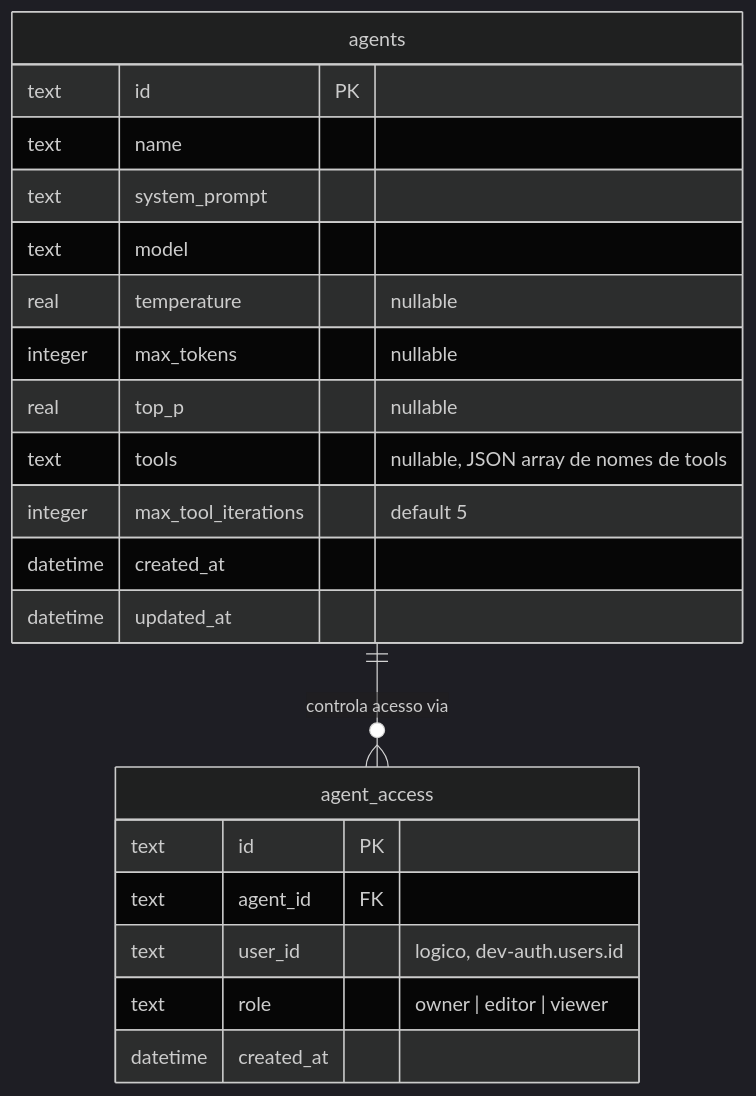
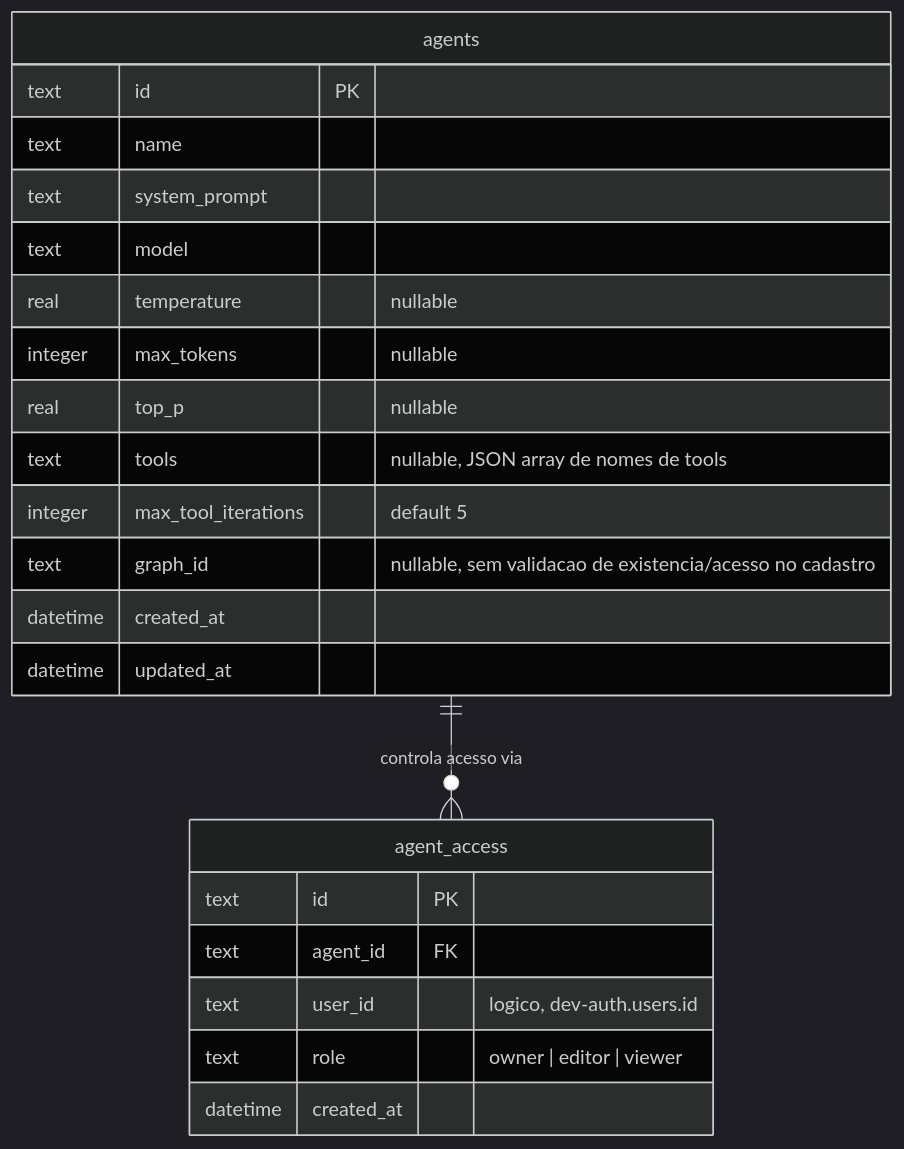
Before and after one commit to 0xHackerSpace/wrapper-api: the fifth of 6 diagrams in docs/database-diagram.md, drawn with Mermaid (dark theme). The commit also changed other lines of this file and 6 other files, not shown here.

First line of the commit message:
docs: add ADR 0024 and update project docs for the find_node graph tool

````diff
--- a/docs/database-diagram.md
+++ b/docs/database-diagram.md
@@ -204,26 +207,27 @@
 ```mermaid
 erDiagram
     agents ||--o{ agent_access : "controla acesso via"
 
     agents {
         text id PK
         text name
         text system_prompt
         text model
         real temperature "nullable"
         integer max_tokens "nullable"
         real top_p "nullable"
         text tools "nullable, JSON array de nomes de tools"
         integer max_tool_iterations "default 5"
+        text graph_id "nullable, sem validacao de existencia/acesso no cadastro"
         datetime created_at
         datetime updated_at
     }
 
     agent_access {
         text id PK
         text agent_id FK
         text user_id "logico, dev-auth.users.id"
         text role "owner | editor | viewer"
         datetime created_at
     }
 ```
````
